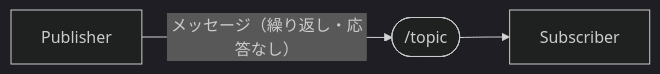
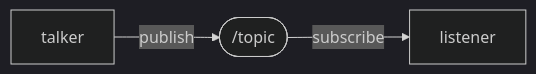
One commit to Harlequinade1123/ros1-tutorials changed the first of 3 diagrams in docs/05_service.md. Above: the diagram before and after it, drawn with Mermaid (dark theme). The commit also changed other lines of this file and 1 other file, not shown here.

Commit message:
docs: add comparison diagrams and move sequenceDiagrams into details blocks in ch.5-6

````diff
--- a/docs/05_service.md
+++ b/docs/05_service.md
@@ -19,5 +21,5 @@
 ```mermaid
 graph LR
-    P["Publisher"] -->|"メッセージ（繰り返し・応答なし）"| topic(["/topic"])
-    topic --> S["Subscriber"]
+    talker["talker"] -->|"publish"| topic(["/topic"])
+    topic -->|"subscribe"| listener["listener"]
 ```
````
